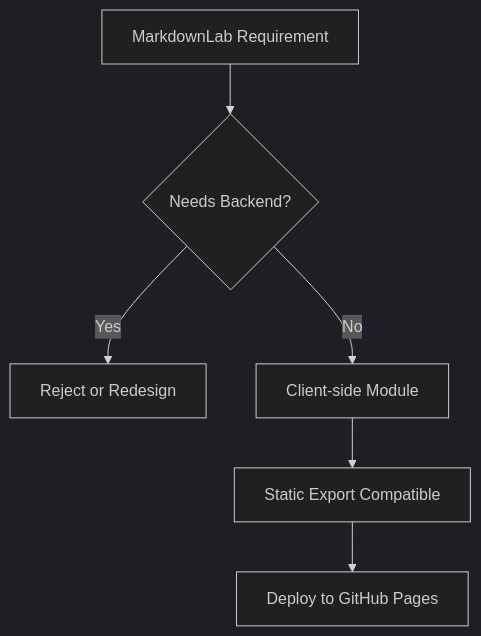
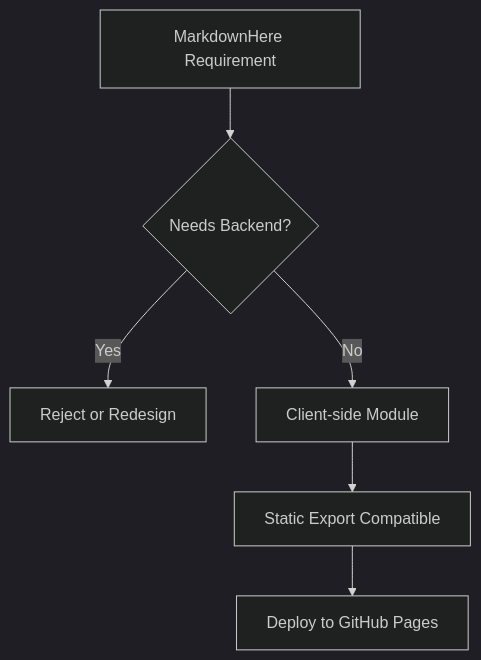
Before and after one commit to Aaroophan/MarkdownLab: the second of 23 diagrams in MarkdownLab.md, drawn with Mermaid (dark theme). The commit also changed other lines of this file and 38 other files, not shown here.

Commit message:
MarkdownHere

````diff
--- a/MarkdownLab.md
+++ b/MarkdownLab.md
@@ -256,8 +256,8 @@
 ```mermaid
 flowchart TD
-    A[MarkdownLab Requirement] --> B{Needs Backend?}
+    A[MarkdownHere Requirement] --> B{Needs Backend?}
     B -->|Yes| C[Reject or Redesign]
     B -->|No| D[Client-side Module]
     D --> E[Static Export Compatible]
     E --> F[Deploy to GitHub Pages]
 ```
````
